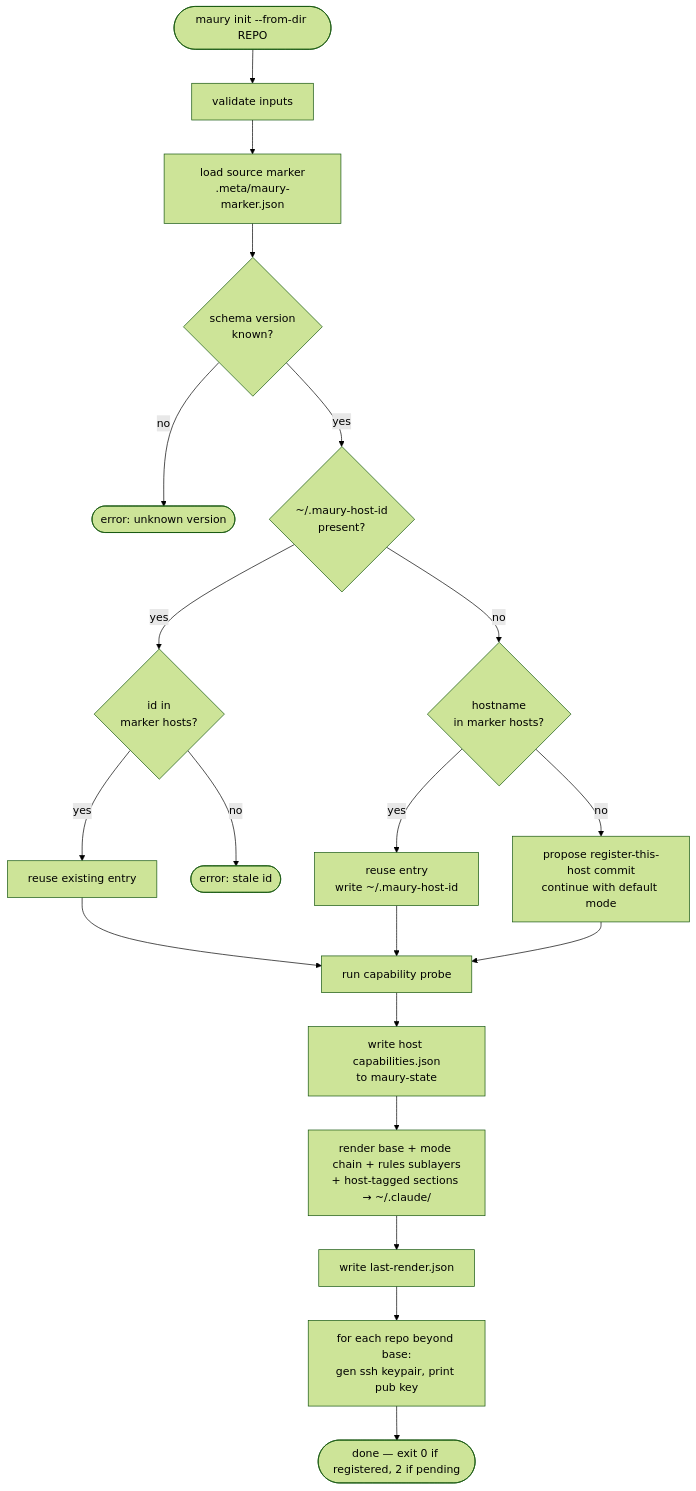
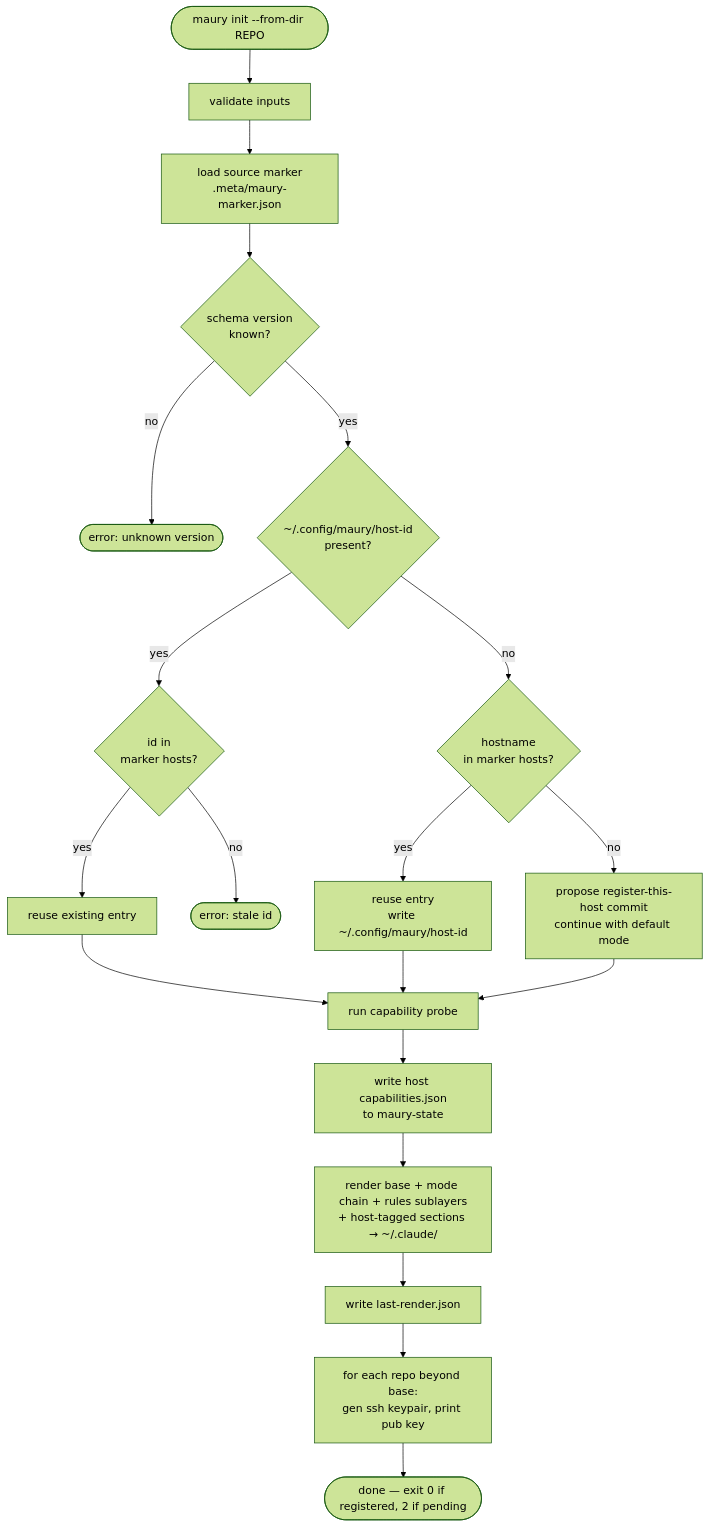
Before and after one commit to csmarshall/maury: the first of 10 diagrams in docs/operations.md, drawn with Mermaid (forest theme). The commit also changed other lines of this file and 31 other files, not shown here.

````diff
--- a/docs/operations.md
+++ b/docs/operations.md
@@ -36,22 +36,22 @@
 ```mermaid
 flowchart TD
     Start([maury init --from-dir REPO]) --> Validate[validate inputs]
     Validate --> Load[load source marker<br/>.meta/maury-marker.json]
     Load --> Schema{schema version<br/>known?}
     Schema -->|no| FailSchema([error: unknown version])
-    Schema -->|yes| HostID{~/.maury-host-id<br/>present?}
+    Schema -->|yes| HostID{~/.config/maury/host-id<br/>present?}
     HostID -->|yes| InMan{id in<br/>marker hosts?}
     InMan -->|yes| Identify[reuse existing entry]
     InMan -->|no| FailStale([error: stale id])
     HostID -->|no| Hostname{hostname<br/>in marker hosts?}
-    Hostname -->|yes| ReuseByName[reuse entry<br/>write ~/.maury-host-id]
+    Hostname -->|yes| ReuseByName[reuse entry<br/>write ~/.config/maury/host-id]
     Hostname -->|no| Propose[propose register-this-host commit<br/>continue with default mode]
     Identify --> Probe
     ReuseByName --> Probe
     Propose --> Probe
     Probe[run capability probe] --> WriteCaps[write host capabilities.json<br/>to maury-state]
     WriteCaps --> Render[render base + mode chain + rules sublayers<br/>+ host-tagged sections → ~/.claude/]
     Render --> WriteState[write last-render.json]
     WriteState --> SSH[for each repo beyond base:<br/>gen ssh keypair, print pub key]
     SSH --> Done([done — exit 0 if registered, 2 if pending])
 ```
````
